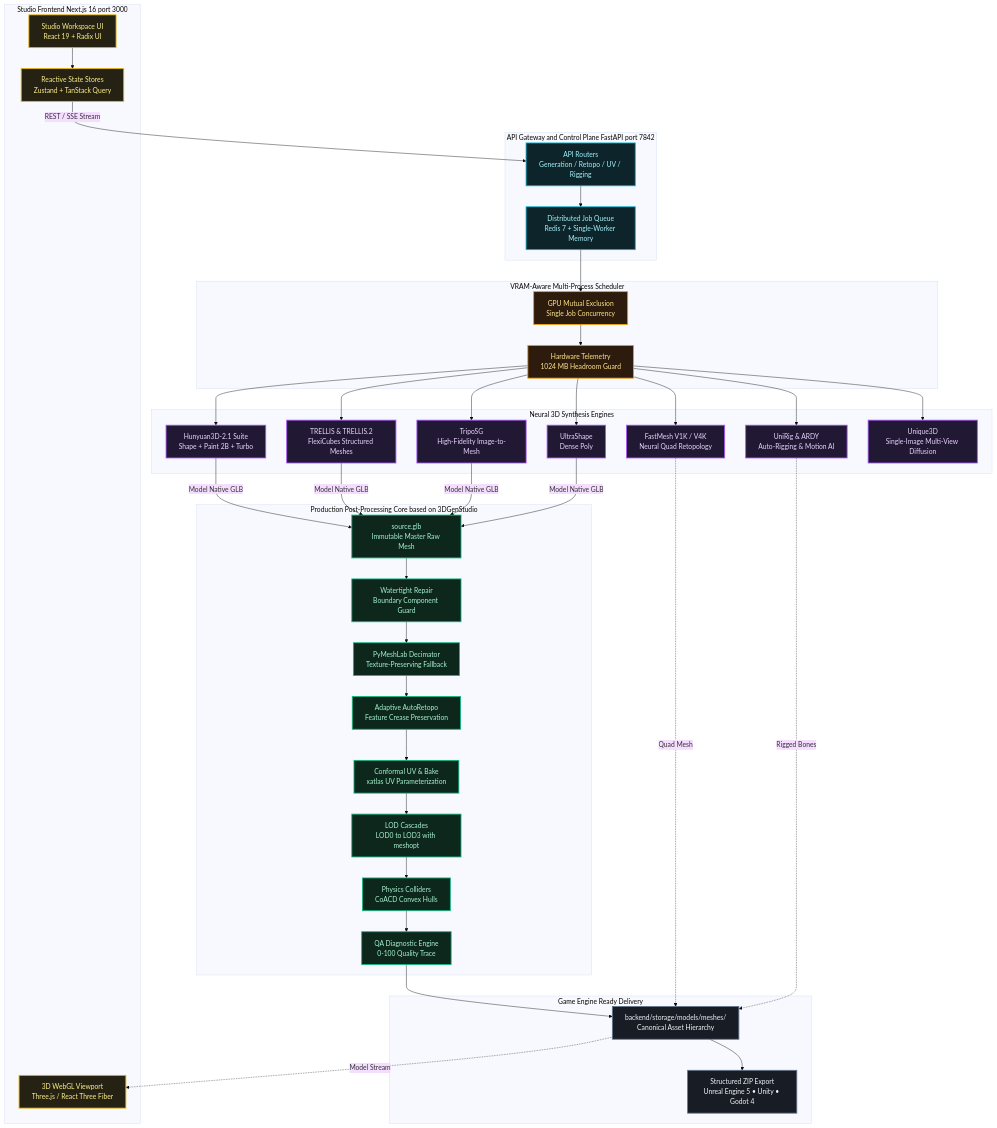
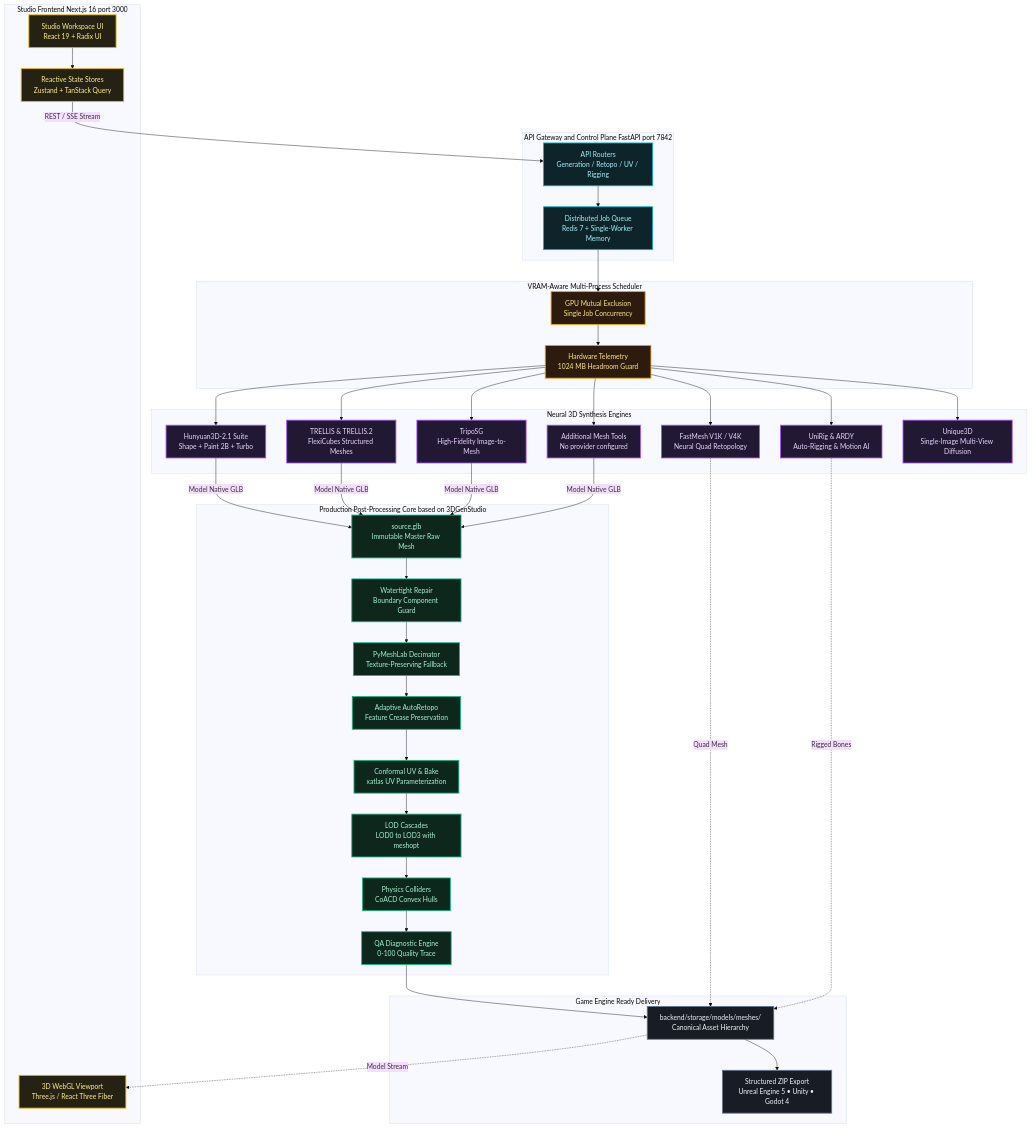
One commit to Silentzx2/ForMash3D changed the diagram in README.md. Above: the diagram before and after it, drawn with Mermaid (base theme). The commit also changed other lines of this file and 24 other files, not shown here.

```diff
--- a/README.md
+++ b/README.md
@@ -143,7 +143,7 @@
         TRELLIS["TRELLIS & TRELLIS.2<br/>FlexiCubes Structured Meshes"]:::purple
         TRIPO["TripoSG<br/>High-Fidelity Image-to-Mesh"]:::purple
         RETOPO["FastMesh V1K / V4K<br/>Neural Quad Retopology"]:::purple
-        EXTRAS["UltraShape<br/>Dense Poly"]:::purple
+        EXTRAS["Additional Mesh Tools<br/>No provider configured"]:::purple
         RIGGING["UniRig & ARDY<br/>Auto-Rigging & Motion AI"]:::purple
         UNIQUE3D["Unique3D<br/>Single-Image Multi-View Diffusion"]:::purple
     end
```
